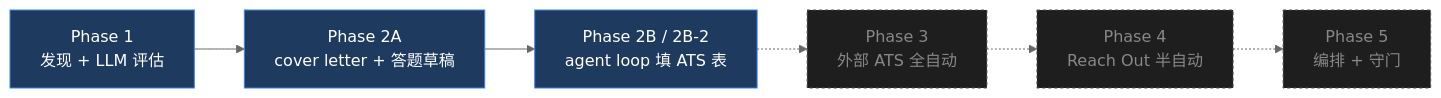
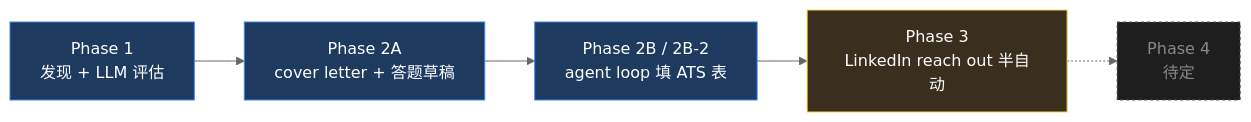
The diagram in content/projects/joba.zh.md (shuaiyy-ux/Personal_Web), drawn with Mermaid (neutral theme) before and after one commit. The commit also changed other lines of this file and 3 other files, not shown here.

````diff
--- a/content/projects/joba.zh.md
+++ b/content/projects/joba.zh.md
@@ -5,12 +5,13 @@
 ```mermaid
 flowchart LR
   Discover[Phase 1<br/>发现 + LLM 评估] --> Helper[Phase 2A<br/>cover letter + 答题草稿]
   Helper --> Agent[Phase 2B / 2B-2<br/>agent loop 填 ATS 表]
-  Agent -.-> ExtAts[Phase 3<br/>外部 ATS 全自动]
-  ExtAts -.-> Reach[Phase 4<br/>Reach Out 半自动]
-  Reach -.-> Orch[Phase 5<br/>编排 + 守门]
+  Agent --> Reach[Phase 3<br/>LinkedIn reach out 半自动]
+  Reach -.-> Future[Phase 4<br/>待定]
   classDef done fill:#1e3a5f,stroke:#3b82f6,color:#fff
+  classDef wip fill:#3a2e1e,stroke:#fcd34d,color:#fff
   classDef todo fill:#1e1e1e,stroke:#525252,color:#888,stroke-dasharray:3 3
   class Discover,Helper,Agent done
-  class ExtAts,Reach,Orch todo
+  class Reach wip
+  class Future todo
 ```
````
